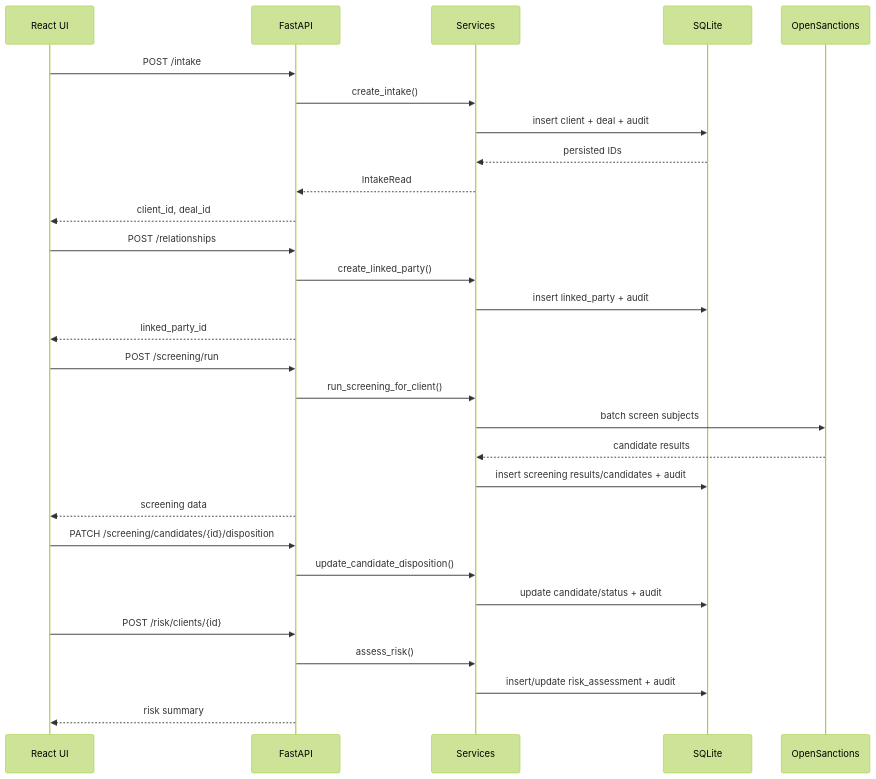
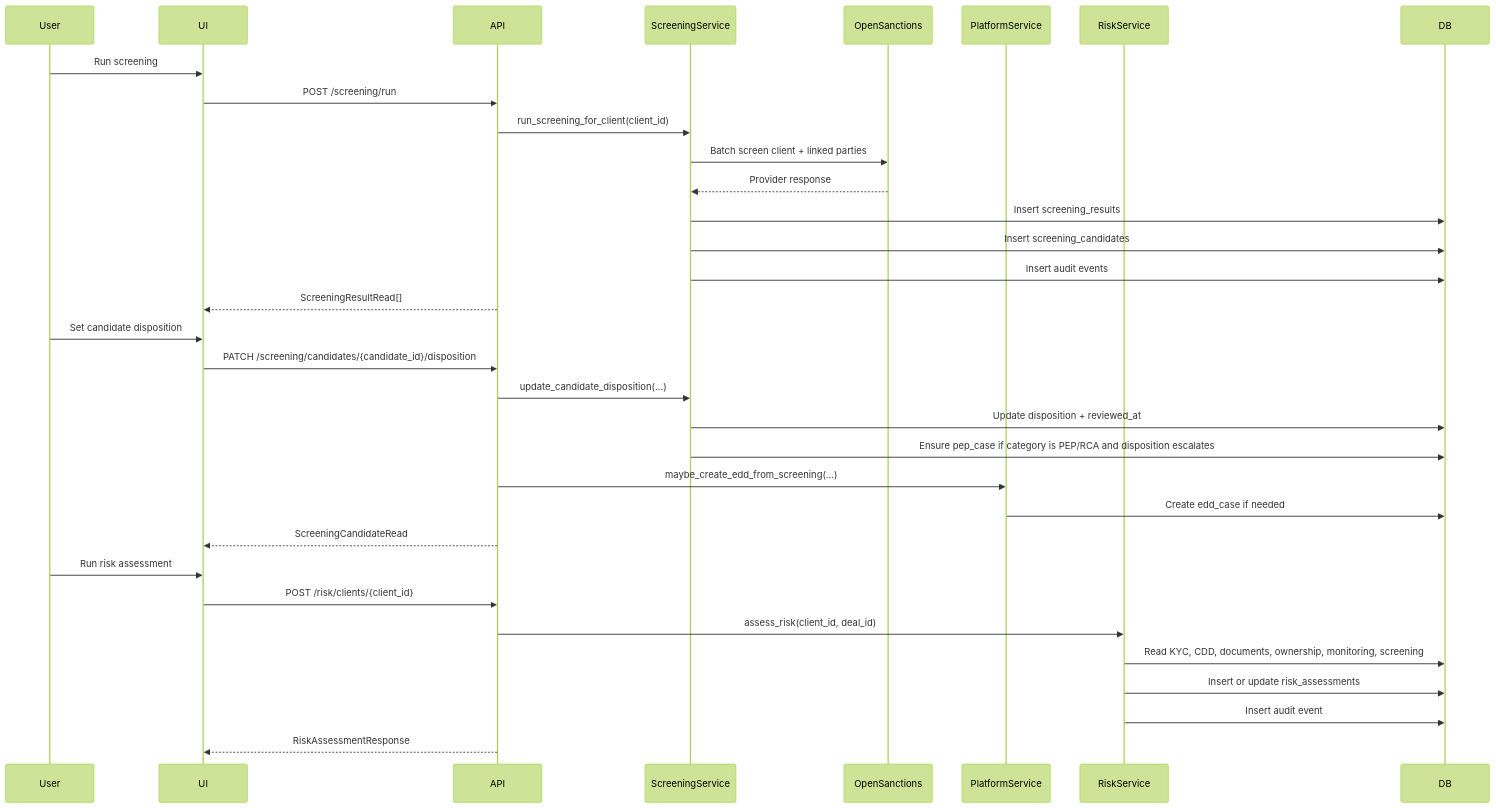
The sixth of 7 diagrams in docs/trustgate_prototype_document.md (njabulobc/trustgate1), drawn with Mermaid (forest theme) before and after one commit. The commit also changed other lines of this file and 5 other files, not shown here.

````diff
--- a/docs/trustgate_prototype_document.md
+++ b/docs/trustgate_prototype_document.md
@@ -435,36 +466,38 @@
 ```mermaid
 sequenceDiagram
-    participant UI as React UI
-    participant API as FastAPI
-    participant SVC as Services
-    participant DB as SQLite
-    participant EXT as OpenSanctions
+    participant User
+    participant UI
+    participant API
+    participant ScreeningService
+    participant OpenSanctions
+    participant PlatformService
+    participant RiskService
+    participant DB
 
-    UI->>API: POST /intake
-    API->>SVC: create_intake()
-    SVC->>DB: insert client + deal + audit
-    DB-->>SVC: persisted IDs
-    SVC-->>API: IntakeRead
-    API-->>UI: client_id, deal_id
+    User->>UI: Run screening
+    UI->>API: POST /screening/run
+    API->>ScreeningService: run_screening_for_client(client_id)
+    ScreeningService->>OpenSanctions: Batch screen client + linked parties
+    OpenSanctions-->>ScreeningService: Provider response
+    ScreeningService->>DB: Insert screening_results
+    ScreeningService->>DB: Insert screening_candidates
+    ScreeningService->>DB: Insert audit events
+    API-->>UI: ScreeningResultRead[]
 
-    UI->>API: POST /relationships
-    API->>SVC: create_linked_party()
-    SVC->>DB: insert linked_party + audit
-    API-->>UI: linked_party_id
+    User->>UI: Set candidate disposition
+    UI->>API: PATCH /screening/candidates/{candidate_id}/disposition
+    API->>ScreeningService: update_candidate_disposition(...)
+    ScreeningService->>DB: Update disposition + reviewed_at
+    ScreeningService->>DB: Ensure pep_case if category is PEP/RCA and disposition escalates
+    API->>PlatformService: maybe_create_edd_from_screening(...)
+    PlatformService->>DB: Create edd_case if needed
+    API-->>UI: ScreeningCandidateRead
 
-    UI->>API: POST /screening/run
-    API->>SVC: run_screening_for_client()
-    SVC->>EXT: batch screen subjects
-    EXT-->>SVC: candidate results
-    SVC->>DB: insert screening results/candidates + audit
-    API-->>UI: screening data
-
-    UI->>API: PATCH /screening/candidates/{id}/disposition
-    API->>SVC: update_candidate_disposition()
-    SVC->>DB: update candidate/status + audit
-
-    UI->>API: POST /risk/clients/{id}
-    API->>SVC: assess_risk()
-    SVC->>DB: insert/update risk_assessment + audit
-    API-->>UI: risk summary
+    User->>UI: Run risk assessment
+    UI->>API: POST /risk/clients/{client_id}
+    API->>RiskService: assess_risk(client_id, deal_id)
+    RiskService->>DB: Read KYC, CDD, documents, ownership, monitoring, screening
+    RiskService->>DB: Insert or update risk_assessments
+    RiskService->>DB: Insert audit event
+    API-->>UI: RiskAssessmentResponse
 ```
````
